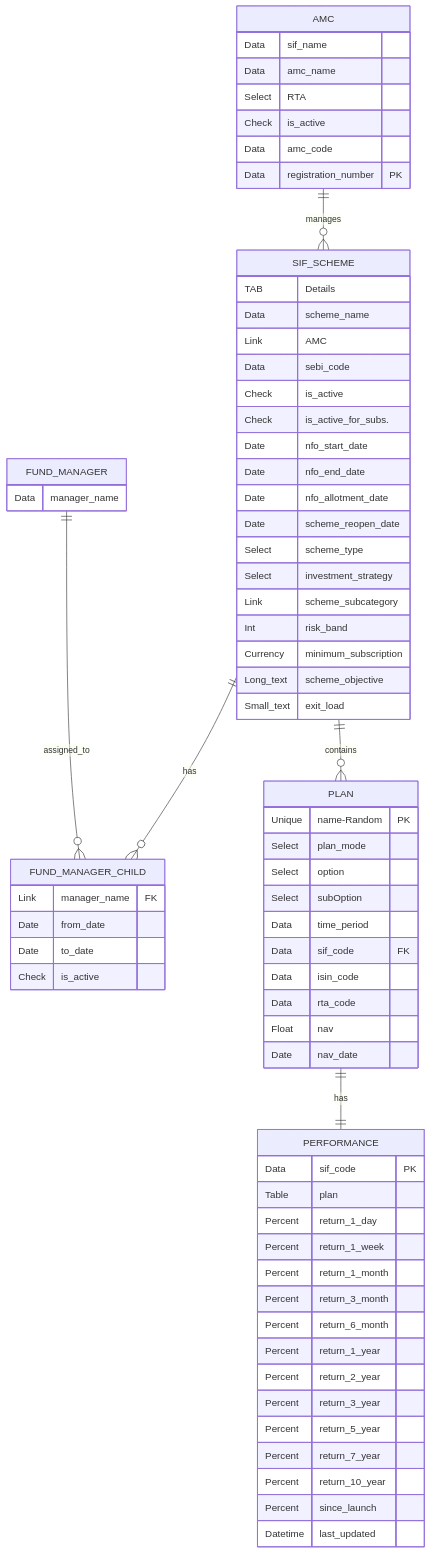
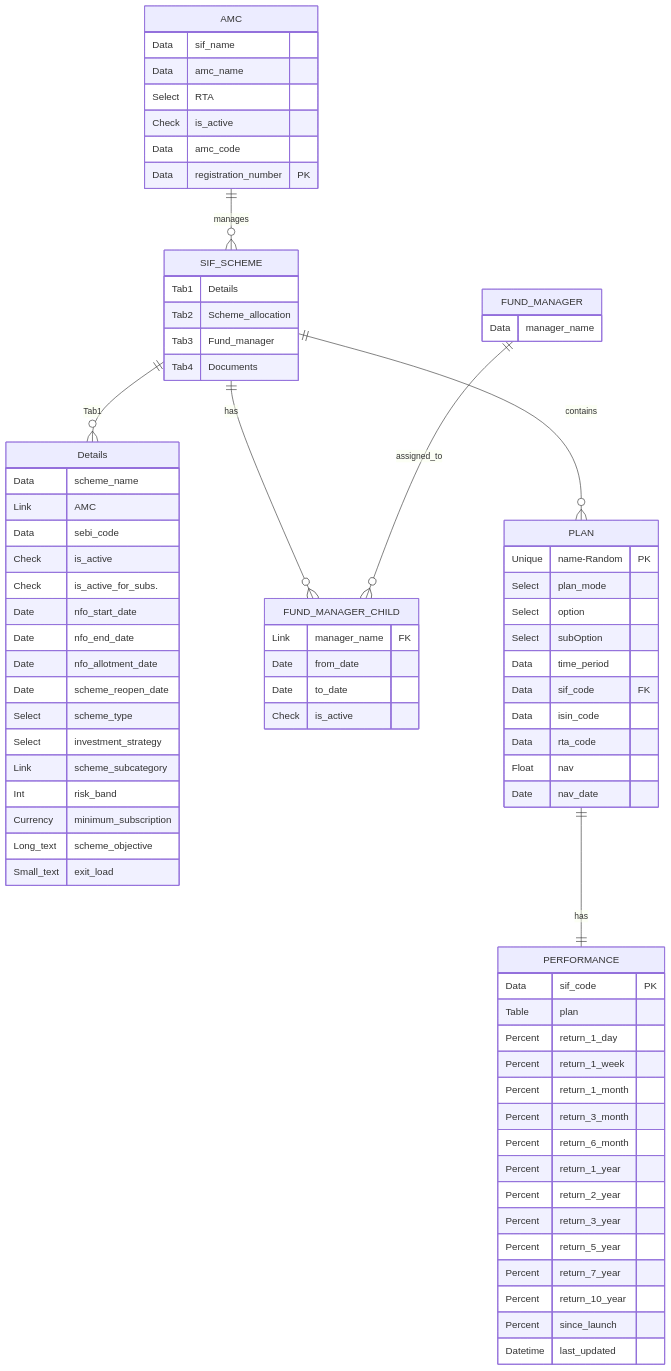
One commit to Satyam4755/My_SIF changed the diagram in sif_app/DOCTYPE architecture ER diagram.md. Above: the diagram before and after it, drawn with Mermaid.

Commit message:
Update DOCTYPE architecture ER diagram.md

```diff
--- a/sif_app/DOCTYPE architecture ER diagram.md
+++ b/sif_app/DOCTYPE architecture ER diagram.md
@@ -5,6 +5,7 @@
 erDiagram
 
     AMC ||--o{ SIF_SCHEME : manages
+    SIF_SCHEME ||--o{ Details : Tab1
     SIF_SCHEME ||--o{ FUND_MANAGER_CHILD : has
     FUND_MANAGER ||--o{ FUND_MANAGER_CHILD : assigned_to
 
@@ -34,7 +35,13 @@
     }
 
     SIF_SCHEME {
-        TAB Details
+        Tab1 Details
+        Tab2 Scheme_allocation
+        Tab3 Fund_manager
+        Tab4 Documents
+    }
+
+    Details{
         Data scheme_name
         Link AMC
         Data sebi_code 
```
